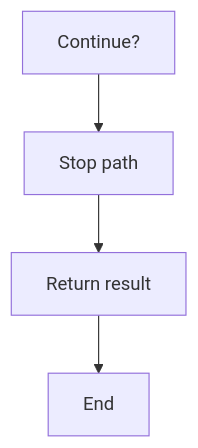
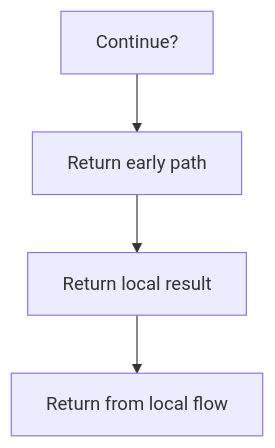
One commit to JohnAndrewBalbarosa/NeoTerritory changed the seventh of 7 diagrams in docs/Codebase/Microservice/Modules/Source/HashingMechanism/ReverseMerkle/Flow/hash_program_flow.cpp.md. Above: the diagram before and after it, drawn with Mermaid. The commit also changed other lines of this file and 915 other files, not shown here.

````diff
--- a/docs/Codebase/Microservice/Modules/Source/HashingMechanism/ReverseMerkle/Flow/hash_program_flow.cpp.md
+++ b/docs/Codebase/Microservice/Modules/Source/HashingMechanism/ReverseMerkle/Flow/hash_program_flow.cpp.md
@@ -171,10 +171,10 @@
 ```mermaid
 flowchart TD
     N0["Continue?"]
-    N1["Stop path"]
-    N2["Return result"]
-    N3["End"]
+    N1["Return early path"]
+    N2["Return local result"]
+    N3["Return from local flow"]
     N0 --> N1
     N1 --> N2
     N2 --> N3
 ```
````
